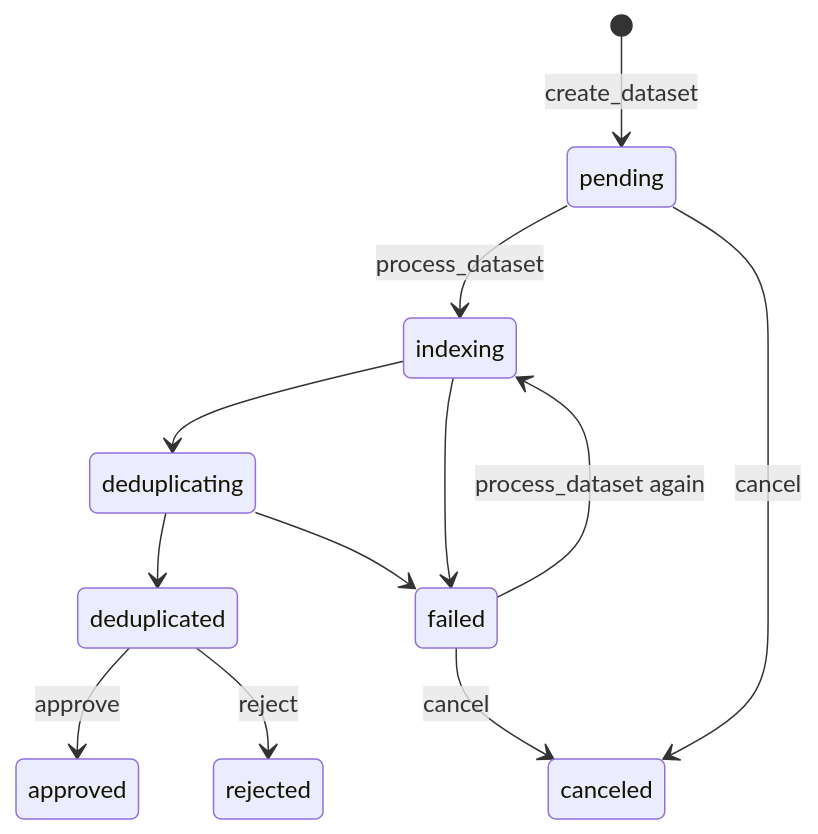
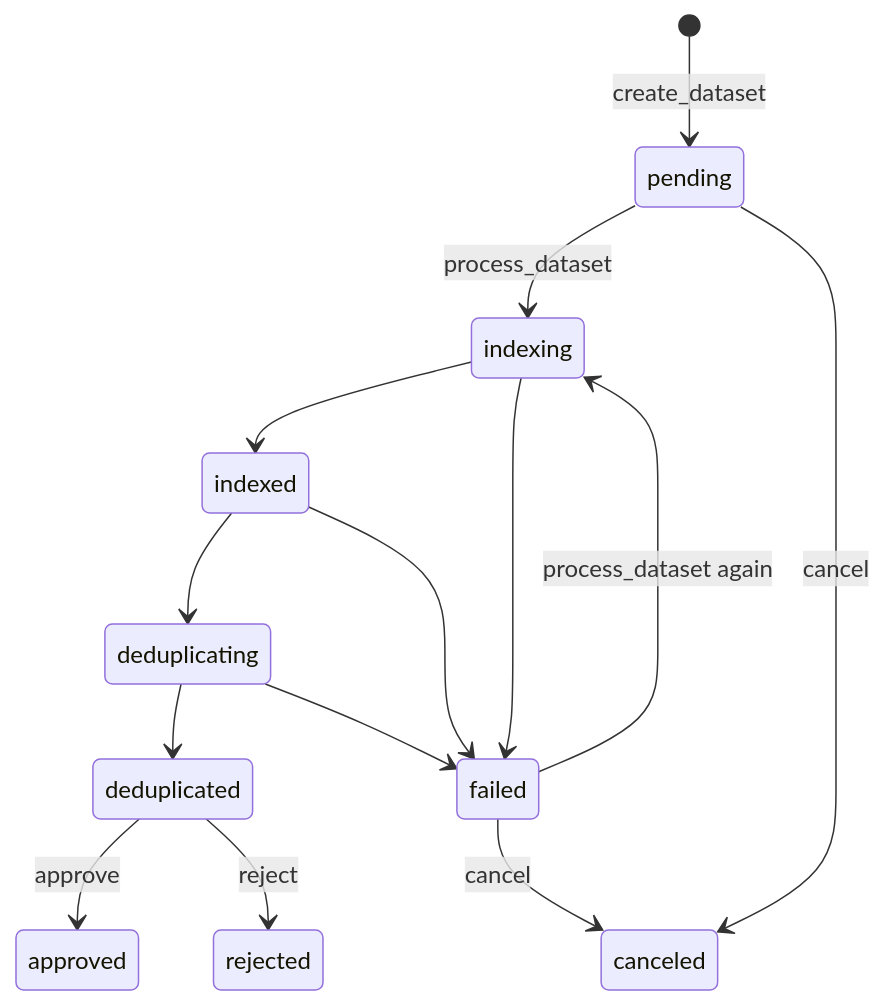
One commit to unicef/hope-dedup-engine changed the seventh of 7 diagrams in docs/src/biographic/development/demo.md. Above: the diagram before and after it, drawn with Mermaid. The commit also changed other lines of this file and 24 other files, not shown here.

````diff
--- a/docs/src/biographic/development/demo.md
+++ b/docs/src/biographic/development/demo.md
@@ -155,14 +207,16 @@
 ```mermaid
 stateDiagram-v2
     [*] --> pending: create_dataset
     pending --> indexing: process_dataset
-    indexing --> deduplicating
+    indexing --> indexed
+    indexed --> deduplicating
     deduplicating --> deduplicated
     indexing --> failed
+    indexed --> failed
     deduplicating --> failed
     failed --> indexing: process_dataset again
     deduplicated --> approved: approve
     deduplicated --> rejected: reject
     pending --> canceled: cancel
     failed --> canceled: cancel
 ```
````
